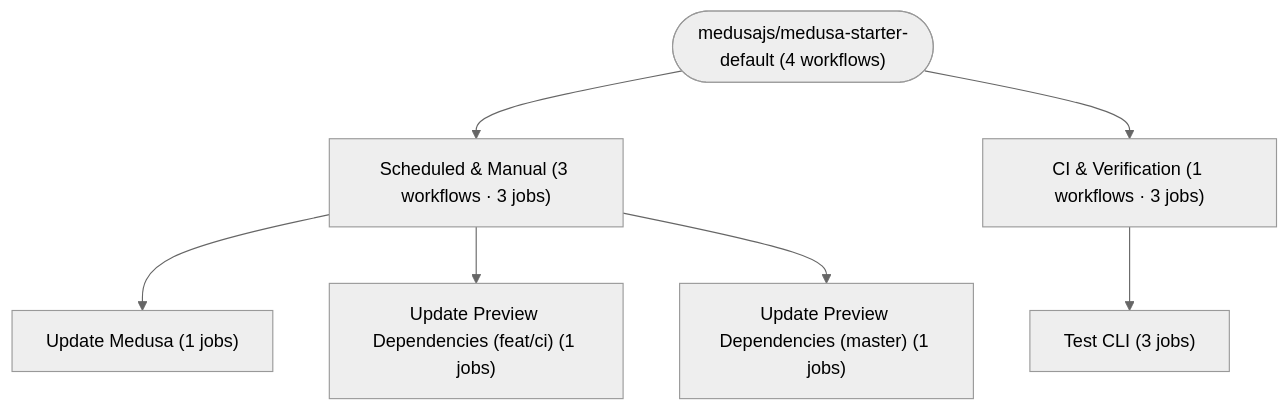
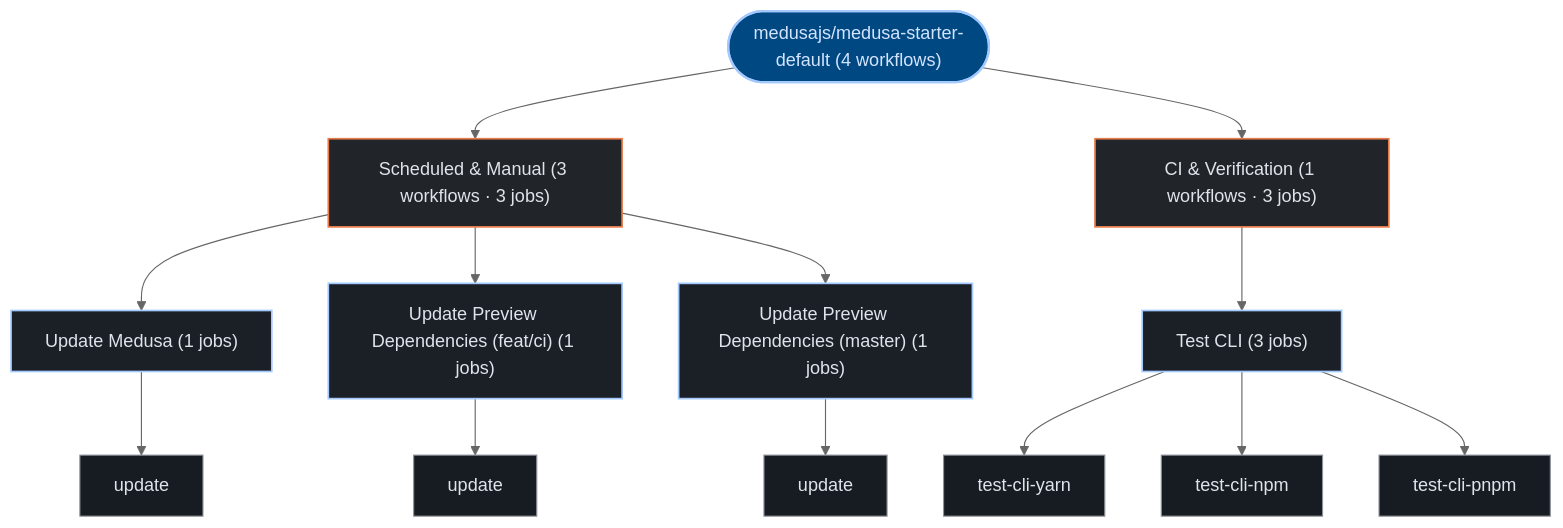
One commit to kumarshaz/atruss-code-atlas changed the second of 2 diagrams in exports/latest/reports/medusajs-medusa-starter-default-report.md. Above: the diagram before and after it, drawn with Mermaid (neutral theme). The commit also changed other lines of this file and 331 other files, not shown here.

Commit message:
docs,ui,fix: update SDLC docs, reorder CI/CD DAG first, stylize Mermaid, and fix Arc42 pipeline topology

````diff
--- a/exports/latest/reports/medusajs-medusa-starter-default-report.md
+++ b/exports/latest/reports/medusajs-medusa-starter-default-report.md
@@ -100,16 +107,35 @@
 ```mermaid
 graph TD;
-  pipeline_root(["medusajs/medusa-starter-default (4 workflows)"])
-  grp_0_Scheduled___Manual["Scheduled & Manual (3 workflows · 3 jobs)"]
+  classDef atlasRoot fill:#004882,stroke:#a3c9ff,stroke-width:2px,color:#d3e4ff
+  classDef atlasCategory fill:#212428,stroke:#E87A48,stroke-width:1.5px,color:#dfe3eb
+  classDef atlasWorkflow fill:#1b2026,stroke:#a3c9ff,stroke-width:1.5px,color:#dfe3eb
+  classDef atlasJob fill:#171c22,stroke:#8d9199,stroke-width:1px,color:#dfe3eb
+  classDef atlasTarget fill:#005227,stroke:#8bd99b,stroke-width:1.5px,color:#a7f6b6
+  classDef atlasAlert fill:#93000a,stroke:#ffb4ab,stroke-width:1.5px,color:#ffdad6
+  classDef atlasMore fill:#252a31,stroke:#8d9199,stroke-dasharray:4 4,color:#c3c6cf
+  pipeline_root(["medusajs/medusa-starter-default (4 workflows)"]):::atlasRoot
+  grp_0_Scheduled___Manual["Scheduled & Manual (3 workflows · 3 jobs)"]:::atlasCategory
   pipeline_root --> grp_0_Scheduled___Manual
-  wf_1_Update_Medusa["Update Medusa (1 jobs)"]
+  wf_1_Update_Medusa["Update Medusa (1 jobs)"]:::atlasWorkflow
   grp_0_Scheduled___Manual --> wf_1_Update_Medusa
-  wf_2_Update_Preview_Dependencies__feat_ci_["Update Preview Dependencies (feat/ci) (1 jobs)"]
+  job_1_update["update"]:::atlasJob
+  wf_1_Update_Medusa --> job_1_update
+  wf_2_Update_Preview_Dependencies__feat_ci_["Update Preview Dependencies (feat/ci) (1 jobs)"]:::atlasWorkflow
   grp_0_Scheduled___Manual --> wf_2_Update_Preview_Dependencies__feat_ci_
-  wf_3_Update_Preview_Dependencies__master_["Update Preview Dependencies (master) (1 jobs)"]
+  job_2_update["update"]:::atlasJob
+  wf_2_Update_Preview_Dependencies__feat_ci_ --> job_2_update
+  wf_3_Update_Preview_Dependencies__master_["Update Preview Dependencies (master) (1 jobs)"]:::atlasWorkflow
   grp_0_Scheduled___Manual --> wf_3_Update_Preview_Dependencies__master_
-  grp_1_CI___Verification["CI & Verification (1 workflows · 3 jobs)"]
+  job_3_update["update"]:::atlasJob
+  wf_3_Update_Preview_Dependencies__master_ --> job_3_update
+  grp_1_CI___Verification["CI & Verification (1 workflows · 3 jobs)"]:::atlasCategory
   pipeline_root --> grp_1_CI___Verification
-  wf_0_Test_CLI["Test CLI (3 jobs)"]
+  wf_0_Test_CLI["Test CLI (3 jobs)"]:::atlasWorkflow
   grp_1_CI___Verification --> wf_0_Test_CLI
+  job_0_test_cli_yarn["test-cli-yarn"]:::atlasJob
+  job_0_test_cli_npm["test-cli-npm"]:::atlasJob
+  job_0_test_cli_pnpm["test-cli-pnpm"]:::atlasJob
+  wf_0_Test_CLI --> job_0_test_cli_yarn
+  wf_0_Test_CLI --> job_0_test_cli_npm
+  wf_0_Test_CLI --> job_0_test_cli_pnpm
 ```
````
